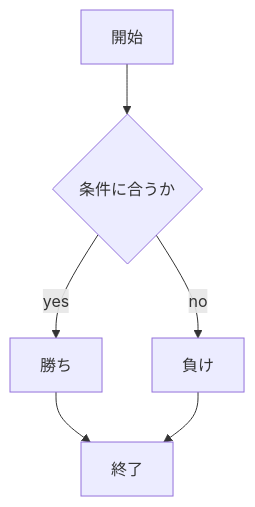
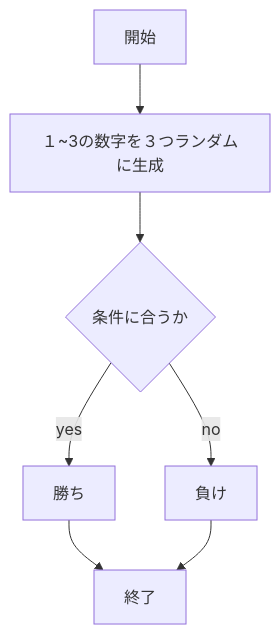
One commit to riki0905/webpro_06 changed the diagram in README.md. Above: the diagram before and after it, drawn with Mermaid. The commit also changed other lines of this file and 4 other files, not shown here.

````diff
--- a/README.md
+++ b/README.md
@@ -18,15 +60,17 @@
 ```mermaid
 flowchart TD;
 
 start["開始"];
+set["１~3の数字を３つランダムに生成"]
 end1["終了"]
 if{"条件に合うか"}
 win["勝ち"]
 loose["負け"]
 
-start --> if
+start --> set
+set --> if
 if -->|yes| win
 win --> end1
 if -->|no| loose
 loose --> end1
 ```
````
